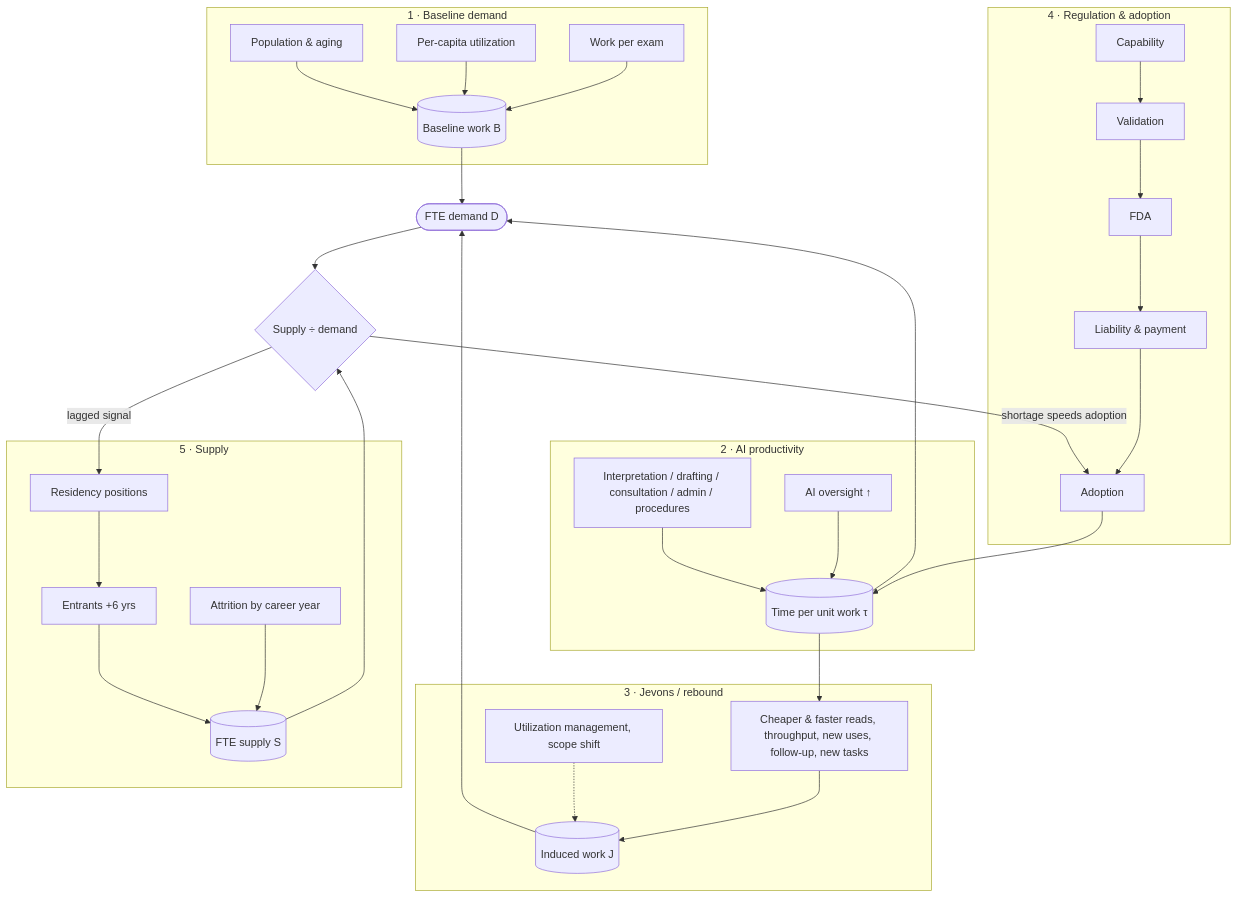
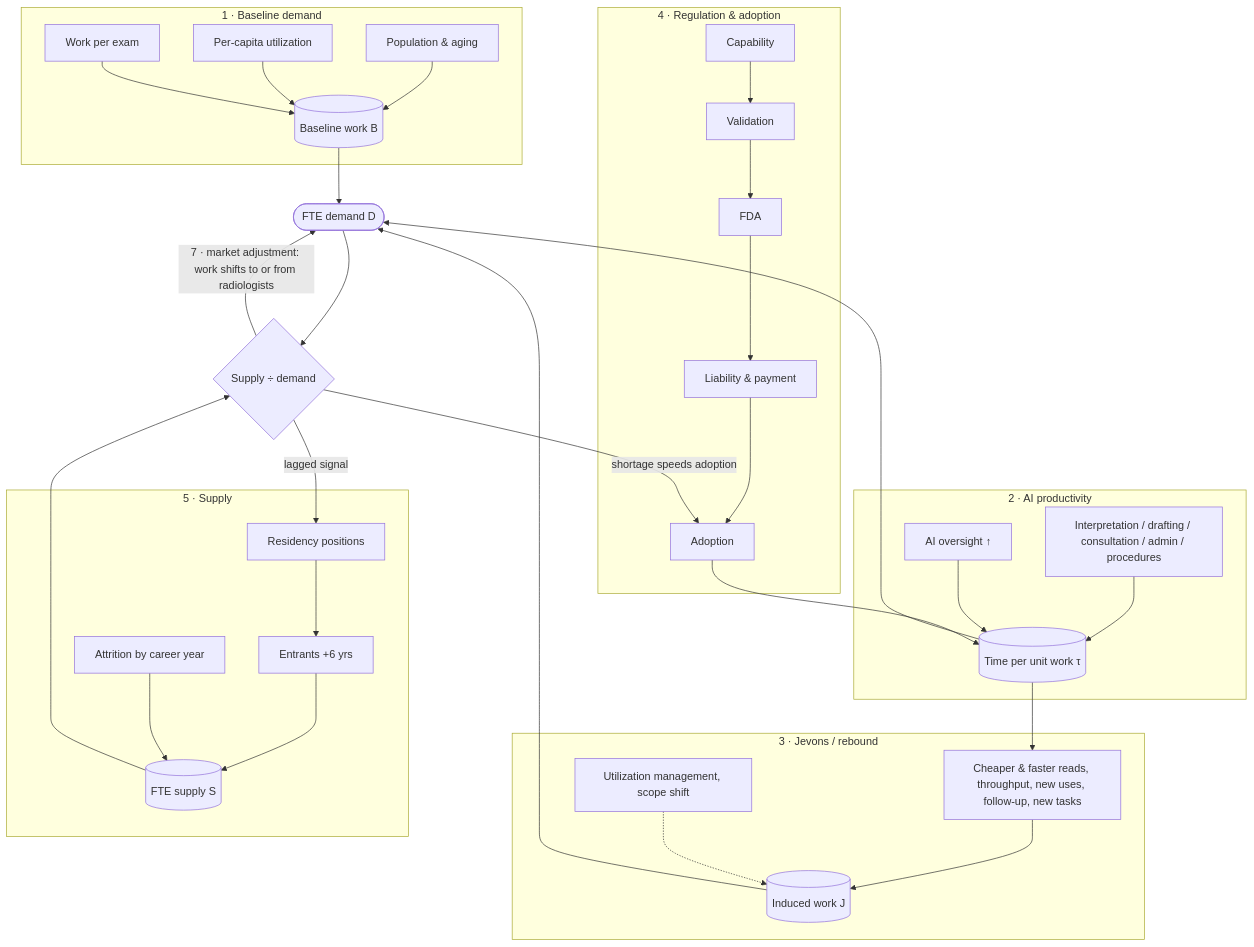
One commit to ethanuser/radiology changed the diagram in REPORT.md. Above: the diagram before and after it, drawn with Mermaid. The commit also changed other lines of this file and 81 other files, not shown here.

First line of the commit message:
v1.6: radiology history test (1995-2026) with fit/hold-out split; market adjustment; pay and hiring readout

````diff
--- a/REPORT.md
+++ b/REPORT.md
@@ -288,32 +285,33 @@
 ```mermaid
 flowchart TB
   subgraph Demand["1 · Baseline demand"]
     A1[Population & aging] --> B[(Baseline work B)]
     A2[Per-capita utilization] --> B
     A3[Work per exam] --> B
   end
   subgraph AI["2 · AI productivity"]
     C1[Interpretation / drafting / consultation / admin / procedures] --> T[(Time per unit work τ)]
     C6[AI oversight ↑] --> T
   end
   subgraph Reg["4 · Regulation & adoption"]
     R1[Capability] --> R2[Validation] --> R3[FDA] --> R4[Liability & payment] --> R5[Adoption]
   end
   R5 --> T
   subgraph Jev["3 · Jevons / rebound"]
     J1[Cheaper & faster reads, throughput, new uses, follow-up, new tasks] --> J[(Induced work J)]
     J6[Utilization management, scope shift] -.-> J
   end
   T --> J1
   B --> D([FTE demand D])
   J --> D
   T --> D
   subgraph Sup["5 · Supply"]
     S1[Residency positions] --> S2[Entrants +6 yrs] --> S[(FTE supply S)]
     S3[Attrition by career year] --> S
   end
   D --> RR{Supply ÷ demand}
   S --> RR
   RR -->|lagged signal| S1
   RR -->|shortage speeds adoption| R5
+  RR -->|7 · market adjustment: work shifts to or from radiologists| D
 ```
````
